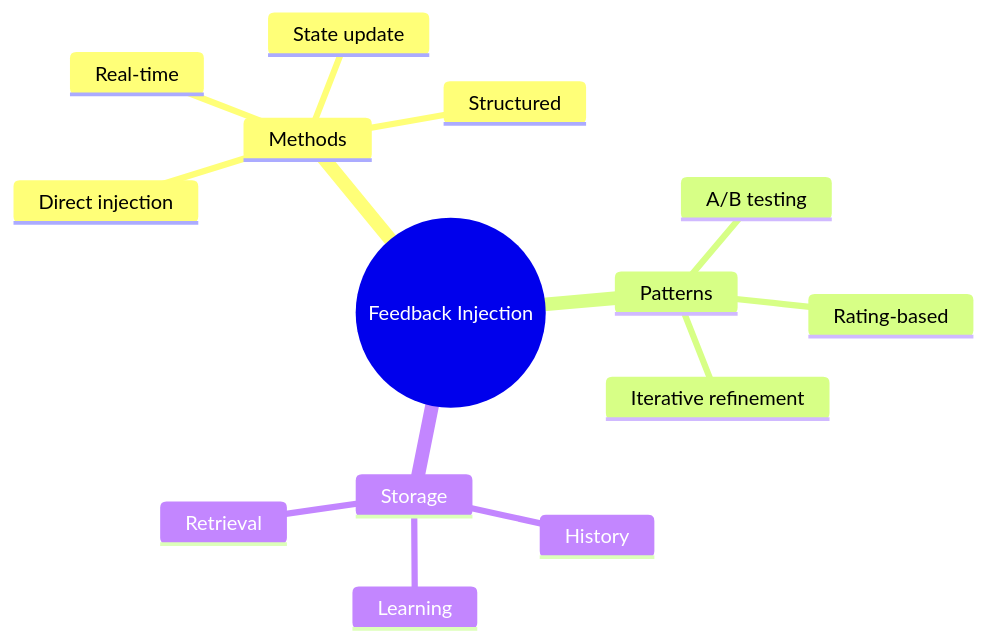
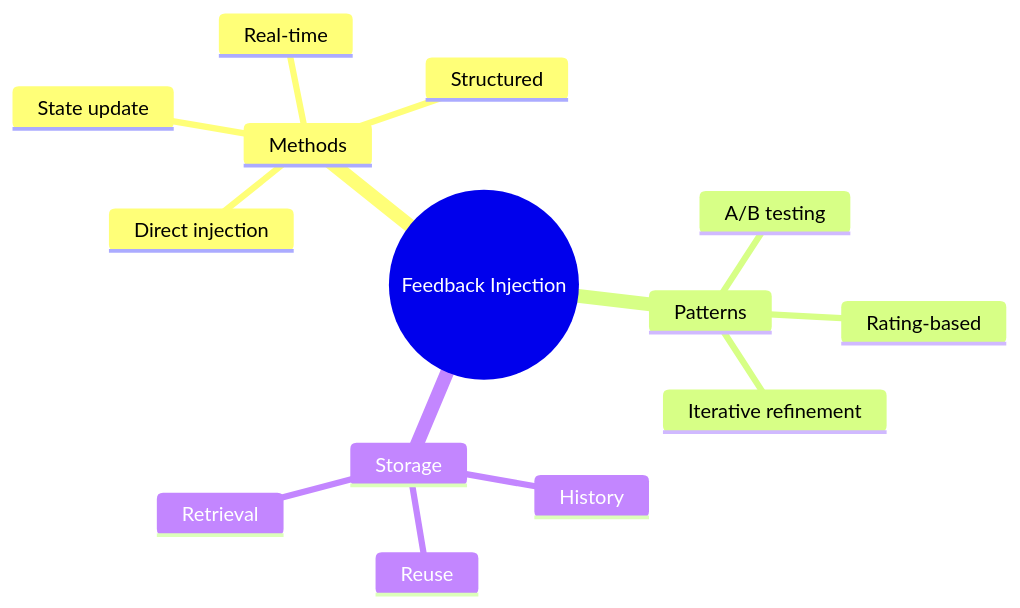
The second of 2 diagrams in Phase_5_Evaluation_and_Security/Day_072_injecting_feedback/injecting_feedback.md (akshkr/akashnotes), drawn with Mermaid before and after one commit. The commit also changed other lines of this file and 95 other files, not shown here.

````diff
--- a/Phase_5_Evaluation_and_Security/Day_072_injecting_feedback/injecting_feedback.md
+++ b/Phase_5_Evaluation_and_Security/Day_072_injecting_feedback/injecting_feedback.md
@@ -511,17 +512,17 @@
 ```mermaid
 mindmap
   root((Feedback Injection))
     Methods
       Direct injection
       State update
       Real-time
       Structured
     Patterns
       Iterative refinement
       A/B testing
       Rating-based
     Storage
       History
-      Learning
+      Reuse
       Retrieval
 ```
````
